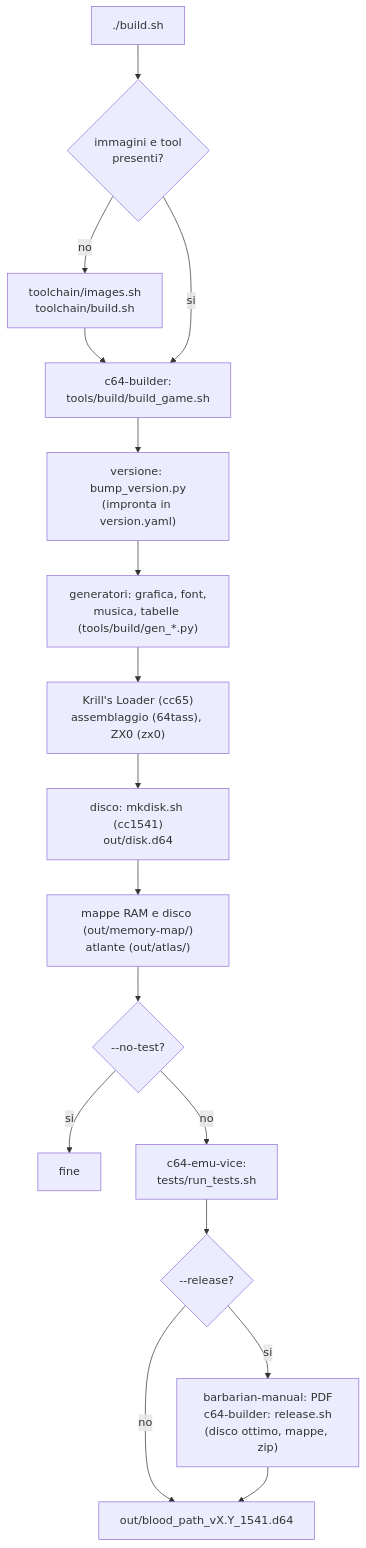
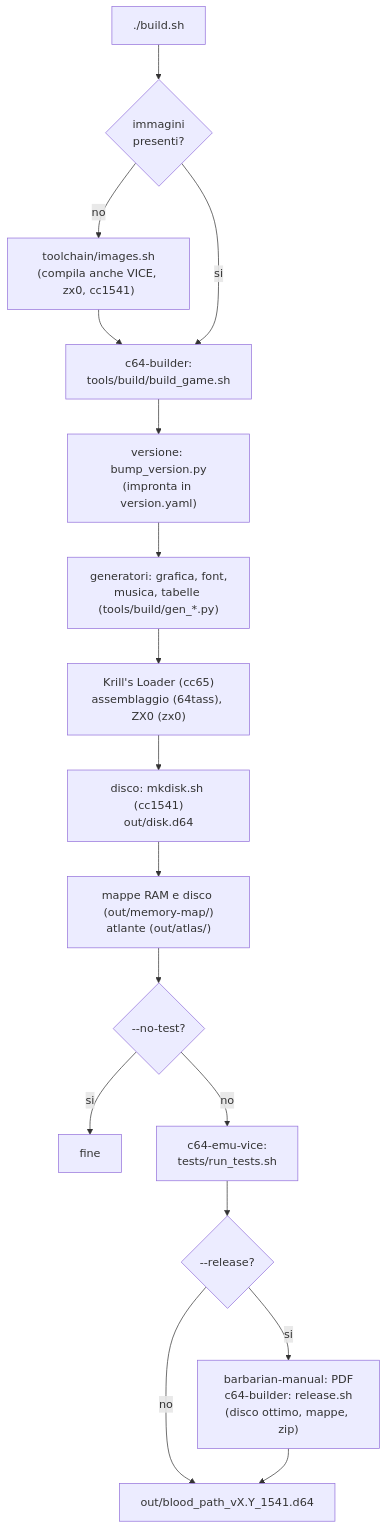
One commit to caporalesimone/barbarian-the-blood-path changed the second of 3 diagrams in docs/getting-started.md. Above: the diagram before and after it, drawn with Mermaid. The commit also changed other lines of this file and 26 other files, not shown here.

First line of the commit message:
Toolchain: VICE, zx0 e cc1541 compilati dentro le immagini (multi-stage)

````diff
--- a/docs/getting-started.md
+++ b/docs/getting-started.md
@@ -94,17 +93,17 @@
 ```mermaid
 flowchart TD
-  A["./build.sh"] --> C{"immagini e tool<br/>presenti?"}
-  C -->|no| D["toolchain/images.sh<br/>toolchain/build.sh"] --> E
+  A["./build.sh"] --> C{"immagini<br/>presenti?"}
+  C -->|no| D["toolchain/images.sh<br/>(compila anche VICE, zx0, cc1541)"] --> E
   C -->|si| E["c64-builder:<br/>tools/build/build_game.sh"]
   E --> E1["versione: bump_version.py<br/>(impronta in version.yaml)"]
   E1 --> E2["generatori: grafica, font,<br/>musica, tabelle (tools/build/gen_*.py)"]
   E2 --> E3["Krill's Loader (cc65)<br/>assemblaggio (64tass), ZX0 (zx0)"]
   E3 --> E4["disco: mkdisk.sh (cc1541)<br/>out/disk.d64"]
   E4 --> E5["mappe RAM e disco (out/memory-map/)<br/>atlante (out/atlas/)"]
   E5 --> F{"--no-test?"}
   F -->|si| Z["fine"]
   F -->|no| G["c64-emu-vice:<br/>tests/run_tests.sh"]
   G --> H{"--release?"}
   H -->|no| Y["out/blood_path_vX.Y_1541.d64"]
   H -->|si| I["barbarian-manual: PDF<br/>c64-builder: release.sh<br/>(disco ottimo, mappe, zip)"] --> Y
 ```
````
